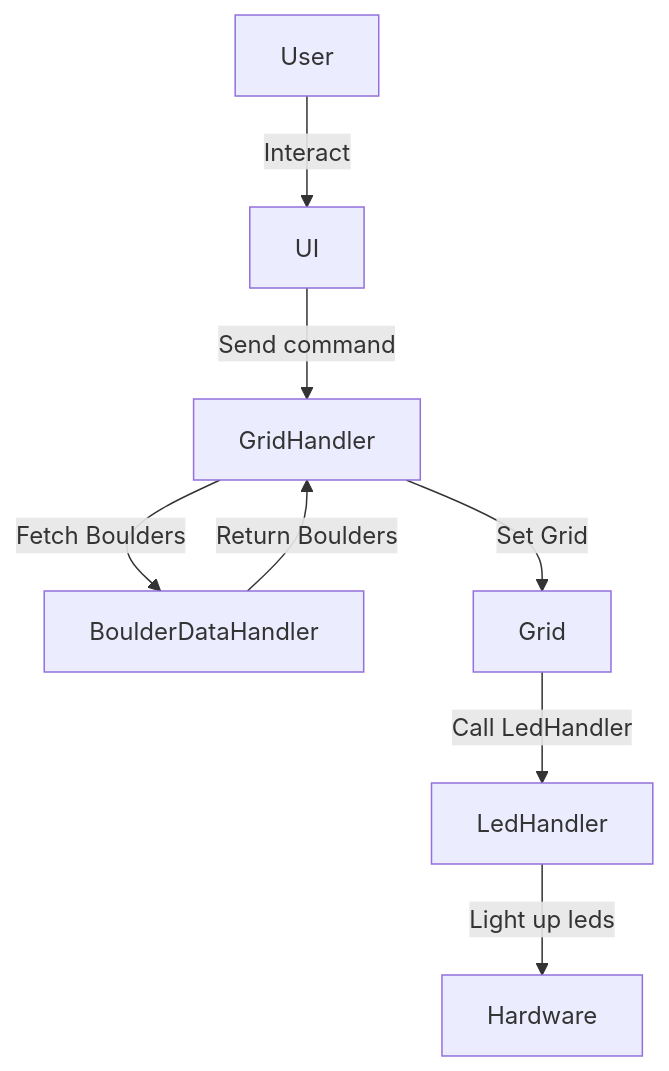
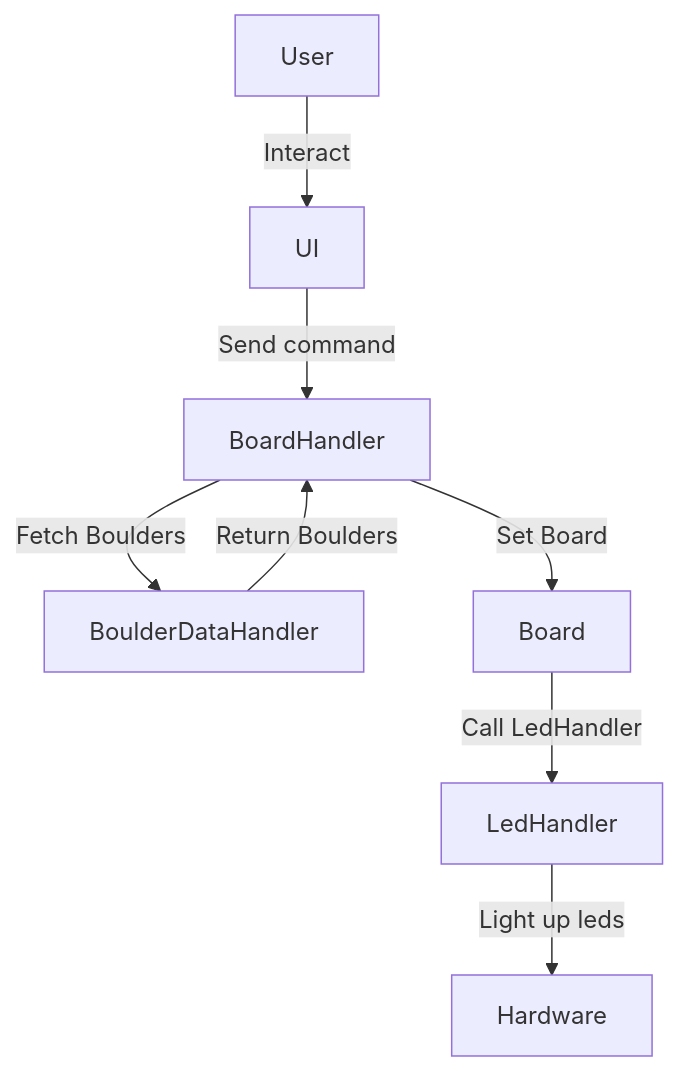
The diagram in README.md (Nuuttif/ElectricClimbingWall), drawn with Mermaid before and after one commit. The commit also changed other lines of this file and 8 other files, not shown here.

Commit message:
Renamed Grid to Board, since Board is more descriptive for the sport

````diff
--- a/README.md
+++ b/README.md
@@ -35,13 +35,13 @@
 ```mermaid
 graph TD
 
 A[User] -->|Interact| B[UI]
 
-B[UI] -->|Send command| C[GridHandler]
+B[UI] -->|Send command| C[BoardHandler]
 
 C -->|Fetch Boulders| D[BoulderDataHandler]
 D -->|Return Boulders| C
-C -->|Set Grid| E[Grid]
+C -->|Set Board| E[Board]
 E -->|Call LedHandler| F[LedHandler]
 F -->|Light up leds| G[Hardware]
 ```
````
